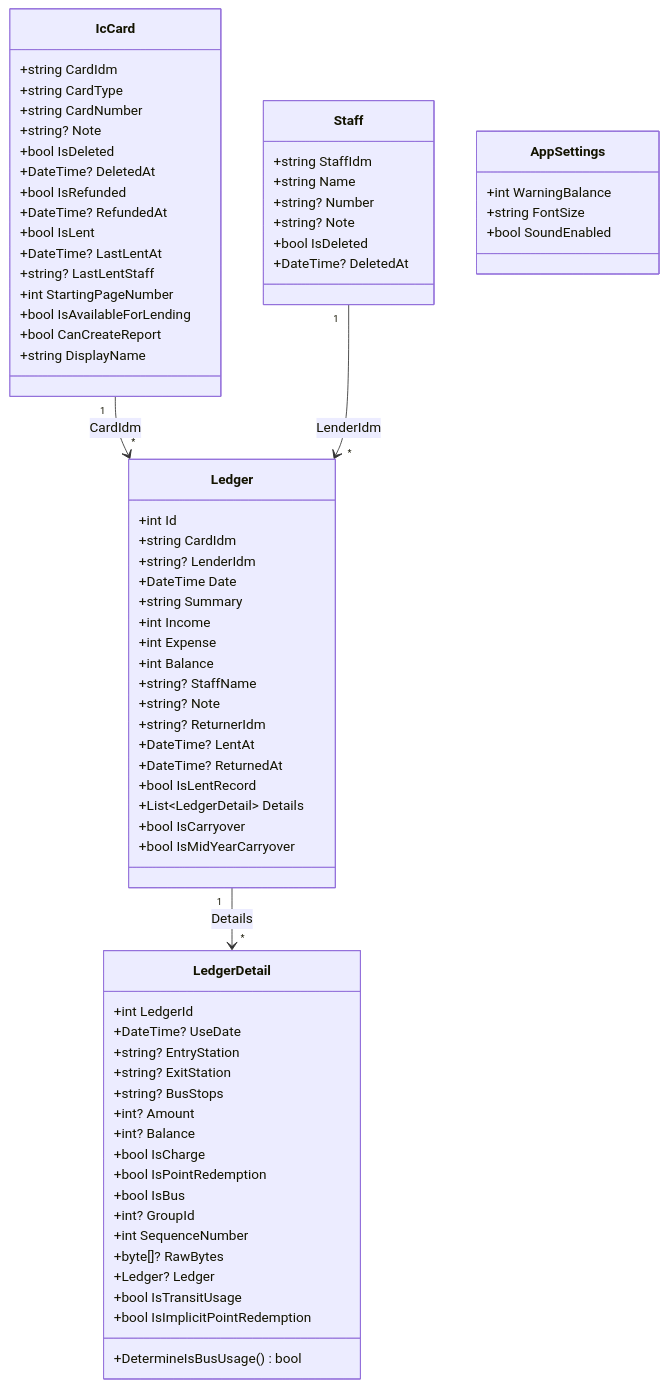
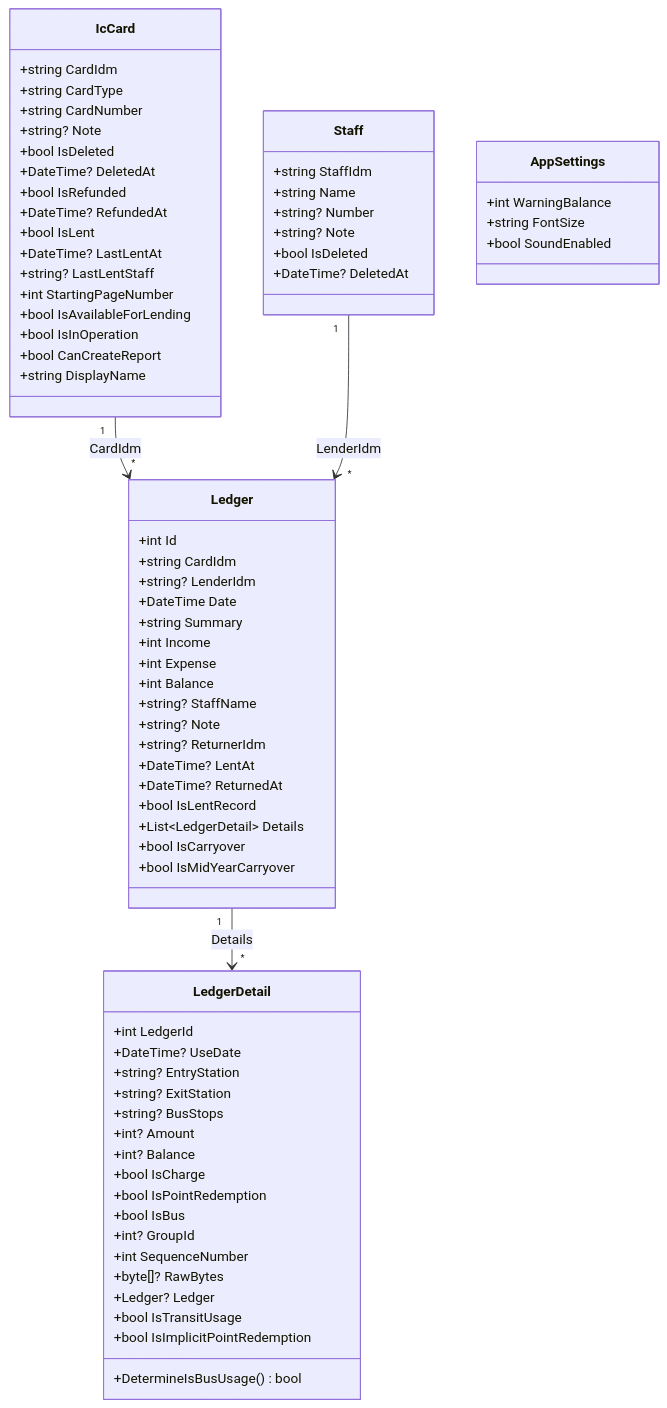
One commit to kuwayamamasayuki/ICCardManager changed the first of 52 diagrams in ICCardManager/docs/design/05_クラス設計書.md. Above: the diagram before and after it, drawn with Mermaid. The commit also changed 14 other files, not shown here.

````diff
--- a/ICCardManager/docs/design/05_クラス設計書.md
+++ b/ICCardManager/docs/design/05_クラス設計書.md
@@ -20,81 +20,82 @@
 ```mermaid
 classDiagram
     %% Models
     class Staff {
         +string StaffIdm
         +string Name
         +string? Number
         +string? Note
         +bool IsDeleted
         +DateTime? DeletedAt
     }
 
     class IcCard {
         +string CardIdm
         +string CardType
         +string CardNumber
         +string? Note
         +bool IsDeleted
         +DateTime? DeletedAt
         +bool IsRefunded
         +DateTime? RefundedAt
         +bool IsLent
         +DateTime? LastLentAt
         +string? LastLentStaff
         +int StartingPageNumber
         +bool IsAvailableForLending
+        +bool IsInOperation
         +bool CanCreateReport
         +string DisplayName
     }
 
     class Ledger {
         +int Id
         +string CardIdm
         +string? LenderIdm
         +DateTime Date
         +string Summary
         +int Income
         +int Expense
         +int Balance
         +string? StaffName
         +string? Note
         +string? ReturnerIdm
         +DateTime? LentAt
         +DateTime? ReturnedAt
         +bool IsLentRecord
         +List~LedgerDetail~ Details
         +bool IsCarryover
         +bool IsMidYearCarryover
     }
 
     class LedgerDetail {
         +int LedgerId
         +DateTime? UseDate
         +string? EntryStation
         +string? ExitStation
         +string? BusStops
         +int? Amount
         +int? Balance
         +bool IsCharge
         +bool IsPointRedemption
         +bool IsBus
         +int? GroupId
         +int SequenceNumber
         +byte[]? RawBytes
         +Ledger? Ledger
         +DetermineIsBusUsage() bool
         +bool IsTransitUsage
         +bool IsImplicitPointRedemption
     }
 
     class AppSettings {
         +int WarningBalance
         +string FontSize
         +bool SoundEnabled
     }
 
     %% Relationships
     Ledger "1" --> "*" LedgerDetail : Details
     IcCard "1" --> "*" Ledger : CardIdm
     Staff "1" --> "*" Ledger : LenderIdm
 ```
````
